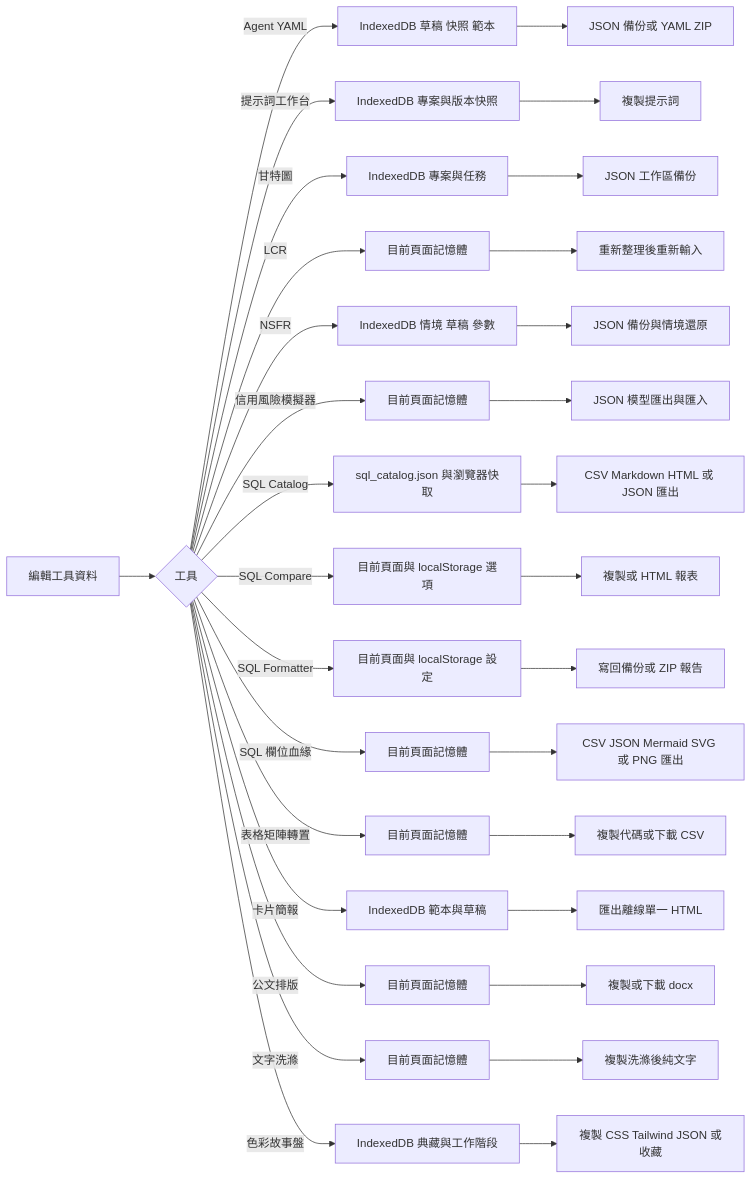
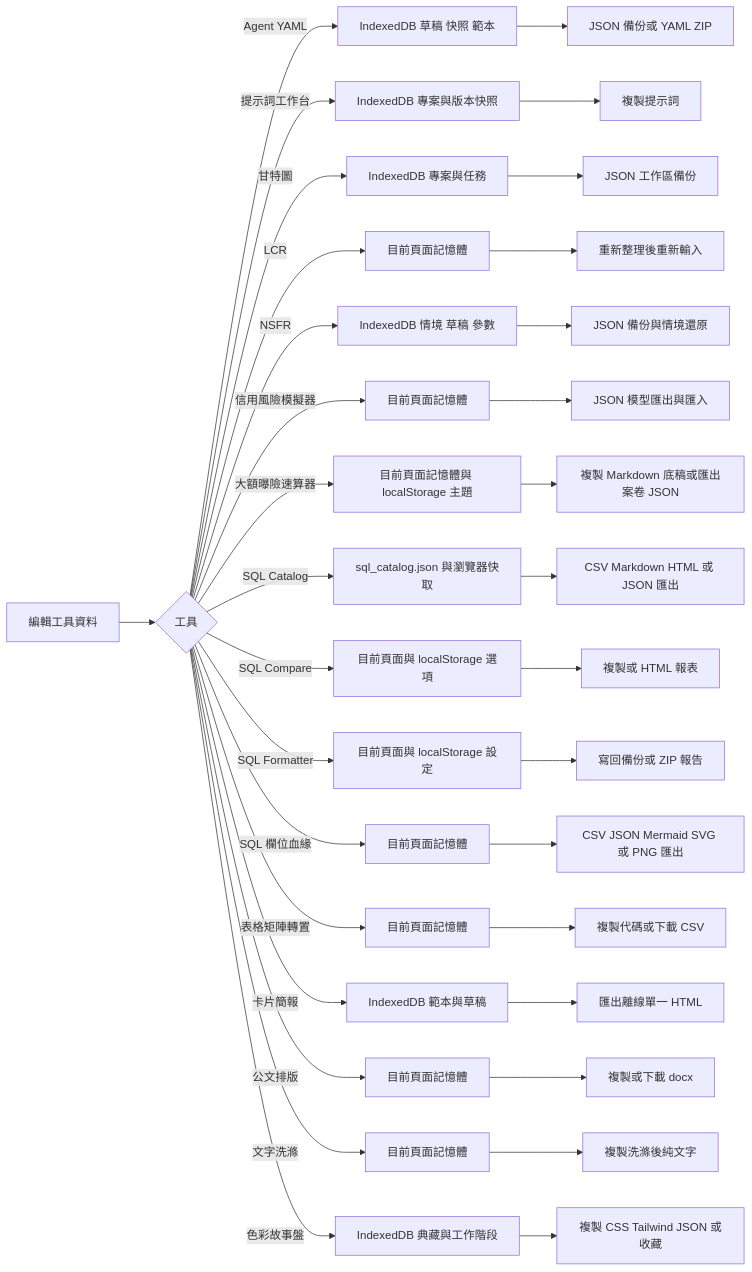
One commit to DunkLiao/my-spa-tools changed diagram 17 of 17 in README.md. Above: the diagram before and after it, drawn with Mermaid. The commit also changed other lines of this file and 3 other files, not shown here.

````diff
--- a/README.md
+++ b/README.md
@@ -814,34 +862,36 @@
 ```mermaid
 flowchart LR
     A[編輯工具資料] --> B{工具}
     B -->|Agent YAML| C[IndexedDB 草稿 快照 範本]
     B -->|提示詞工作台| AE[IndexedDB 專案與版本快照]
     B -->|甘特圖| D[IndexedDB 專案與任務]
     B -->|LCR| E[目前頁面記憶體]
     B -->|NSFR| K[IndexedDB 情境 草稿 參數]
     B -->|信用風險模擬器| U[目前頁面記憶體]
+    B -->|大額曝險速算器| AK[目前頁面記憶體與 localStorage 主題]
     B -->|SQL Catalog| I[sql_catalog.json 與瀏覽器快取]
     B -->|SQL Compare| M[目前頁面與 localStorage 選項]
     B -->|SQL Formatter| N[目前頁面與 localStorage 設定]
     B -->|SQL 欄位血緣| R[目前頁面記憶體]
     B -->|表格矩陣轉置| AG[目前頁面記憶體]
     B -->|卡片簡報| W[IndexedDB 範本與草稿]
     B -->|公文排版| Y[目前頁面記憶體]
     B -->|文字洗滌| AC[目前頁面記憶體]
     B -->|色彩故事盤| AA[IndexedDB 典藏與工作階段]
     C --> F[JSON 備份或 YAML ZIP]
     D --> G[JSON 工作區備份]
     E --> H[重新整理後重新輸入]
     K --> L[JSON 備份與情境還原]
     U --> V[JSON 模型匯出與匯入]
+    AK --> AN[複製 Markdown 底稿或匯出案卷 JSON]
     I --> J[CSV Markdown HTML 或 JSON 匯出]
     M --> O[複製或 HTML 報表]
     N --> P[寫回備份或 ZIP 報告]
     R --> S[CSV JSON Mermaid SVG 或 PNG 匯出]
     AG --> AH[複製代碼或下載 CSV]
     W --> X[匯出離線單一 HTML]
     Y --> Z[複製或下載 docx]
     AC --> AD[複製洗滌後純文字]
     AA --> AB[複製 CSS Tailwind JSON 或收藏]
     AE --> AF[複製提示詞]
 ```
````
